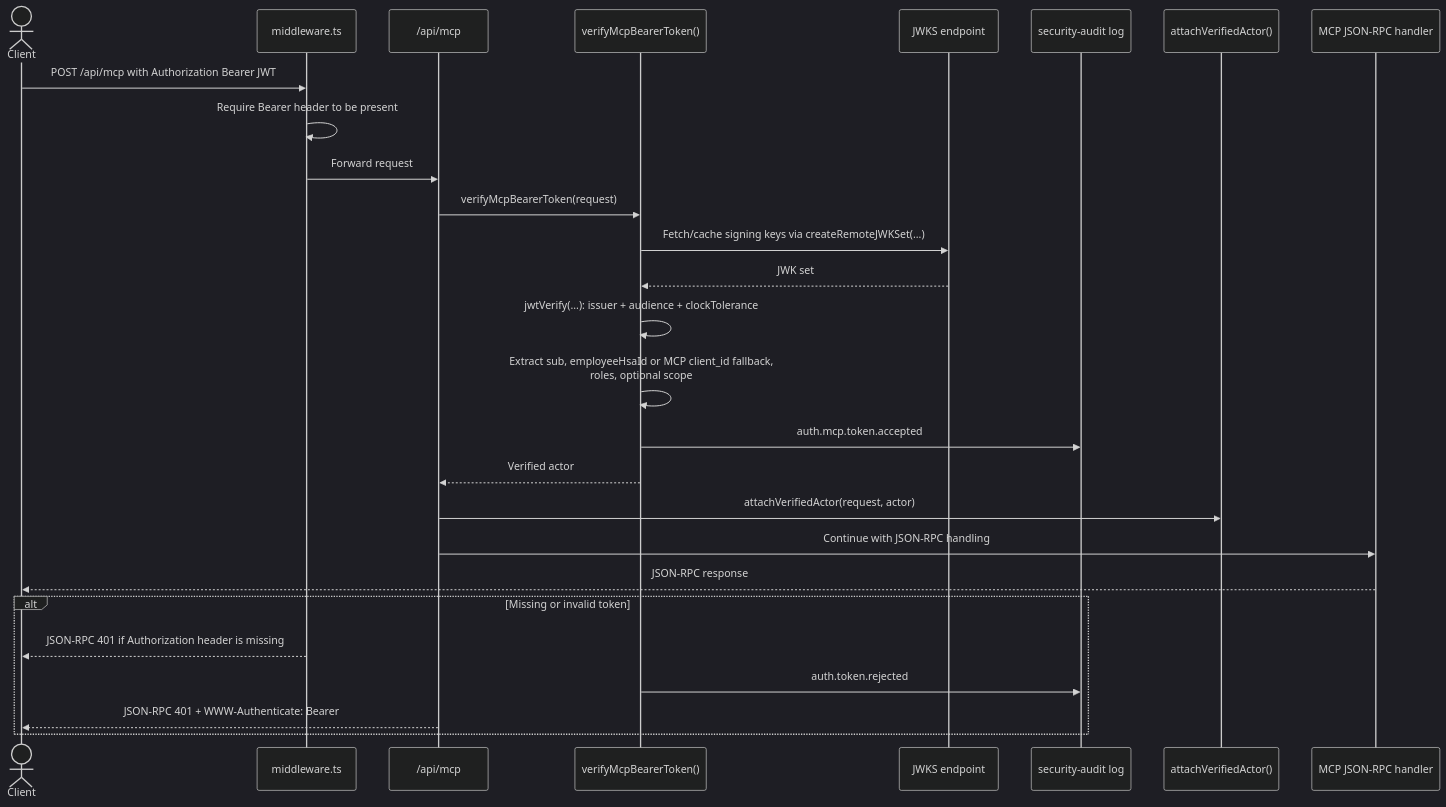
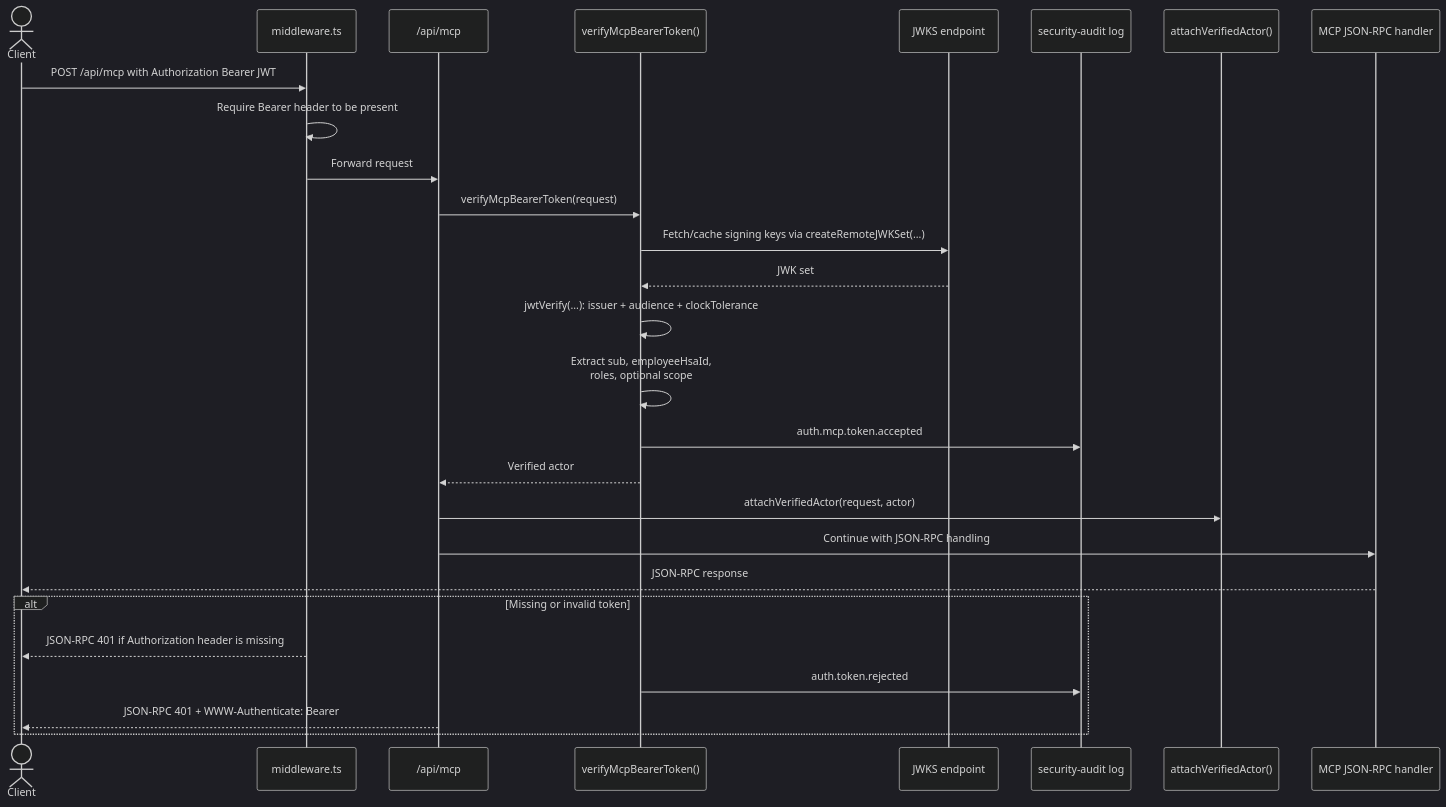
The second of 3 diagrams in docs/auth-how-it-works.md (viscalyx/Kravhantering), drawn with Mermaid (dark theme) before and after one commit. The commit also changed other lines of this file and 57 other files, not shown here.

````diff
--- a/docs/auth-how-it-works.md
+++ b/docs/auth-how-it-works.md
@@ -141,31 +141,31 @@
 ```mermaid
 sequenceDiagram
     actor Client
     participant Middleware as middleware.ts
     participant Route as /api/mcp
     participant Verify as verifyMcpBearerToken()
     participant JWKS as JWKS endpoint
     participant Audit as security-audit log
     participant Attach as attachVerifiedActor()
     participant Handler as MCP JSON-RPC handler
 
     Client->>Middleware: POST /api/mcp with Authorization Bearer JWT
     Middleware->>Middleware: Require Bearer header to be present
     Middleware->>Route: Forward request
     Route->>Verify: verifyMcpBearerToken(request)
     Verify->>JWKS: Fetch/cache signing keys via createRemoteJWKSet(...)
     JWKS-->>Verify: JWK set
     Verify->>Verify: jwtVerify(...): issuer + audience + clockTolerance
-    Verify->>Verify: Extract sub, employeeHsaId or MCP client_id fallback,<br/>roles, optional scope
+    Verify->>Verify: Extract sub, employeeHsaId,<br/>roles, optional scope
     Verify->>Audit: auth.mcp.token.accepted
     Verify-->>Route: Verified actor
     Route->>Attach: attachVerifiedActor(request, actor)
     Route->>Handler: Continue with JSON-RPC handling
     Handler-->>Client: JSON-RPC response
 
     alt Missing or invalid token
         Middleware-->>Client: JSON-RPC 401 if Authorization header is missing
         Verify->>Audit: auth.token.rejected
         Route-->>Client: JSON-RPC 401 + WWW-Authenticate: Bearer
     end
 ```
````
